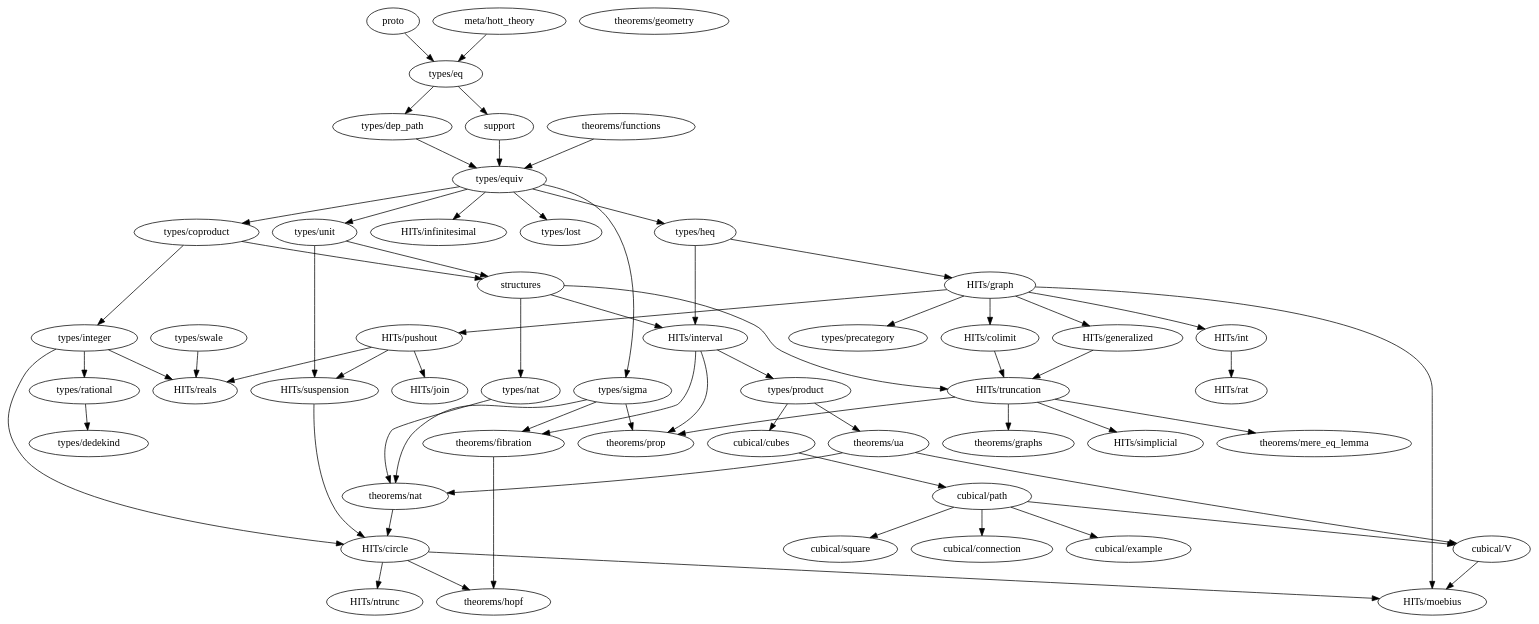
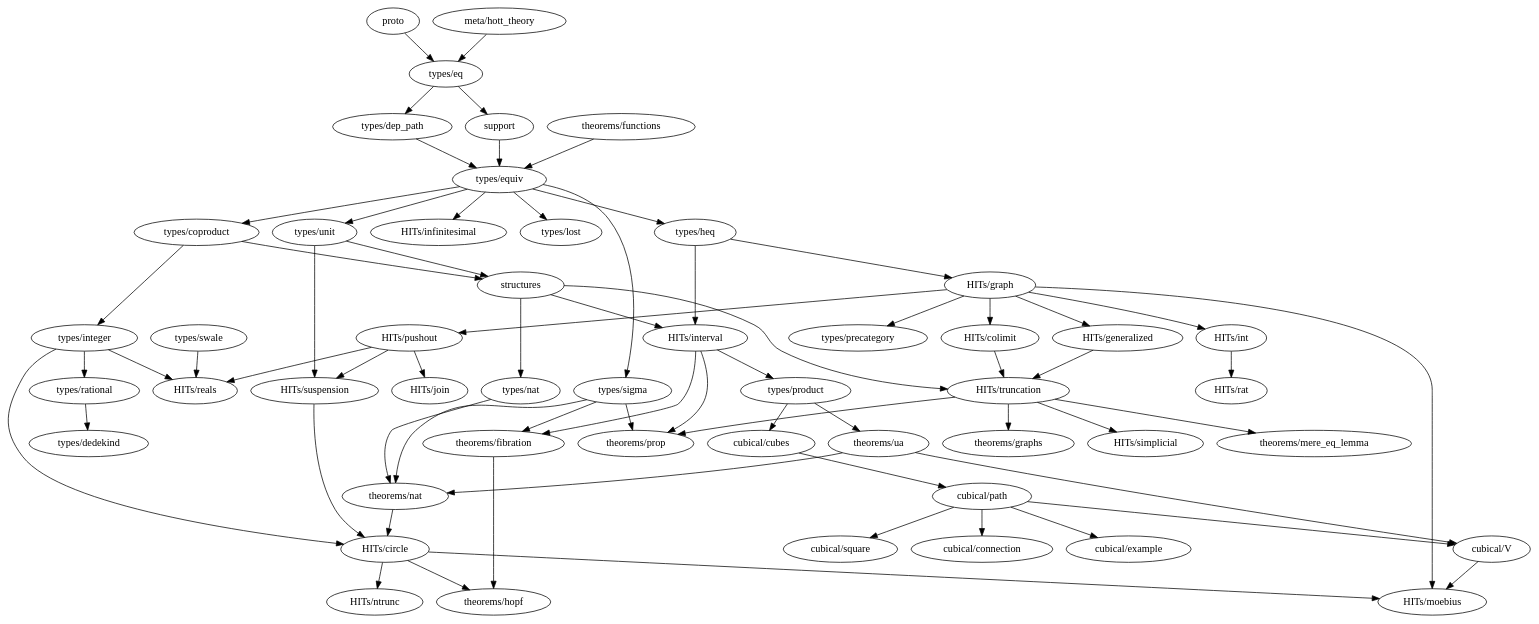
Before and after one commit to forked-from-1kasper/ground_zero: the diagram in dependency_map.gv, drawn with Graphviz. The commit also changed 2 other files, not shown here.

```diff
--- a/dependency_map.gv
+++ b/dependency_map.gv
@@ -1,106 +1,105 @@
 digraph dependency_map {
   proto -> "types/eq"
   "meta/hott_theory" -> "types/eq"
   support -> "types/equiv"
   structures -> {
     "HITs/interval",
     "HITs/truncation",
     "types/nat"
   }
 
   subgraph types {
     "types/coproduct" -> { "types/integer", structures }
     "types/dedekind"
     "types/dep_path" -> "types/equiv"
     "types/eq" -> { "types/dep_path", support }
     "types/equiv" -> {
       "types/heq",
       "HITs/infinitesimal",
       "types/coproduct",
       "types/lost",
       "types/unit",
       "types/sigma"
     }
     "types/heq" -> {
       "HITs/interval",
       "HITs/graph"
     }
     "types/integer" -> {
       "HITs/circle",
       "HITs/reals",
       "types/rational"
     }
     "types/lost"
     "types/nat" -> { "theorems/nat" }
     "types/product" -> { "cubical/cubes", "theorems/ua" }
     "types/rational" -> { "types/dedekind" }
     "types/sigma" -> { "theorems/fibration", "theorems/prop", "theorems/nat" }
     "types/swale" -> { "HITs/reals" }
     "types/unit" -> { structures, "HITs/suspension" }
   }
 
   subgraph HITs {
     "HITs/circle" -> { "HITs/ntrunc", "theorems/hopf", "HITs/moebius" }
     "HITs/colimit" -> "HITs/truncation"
     "HITs/generalized" -> "HITs/truncation"
     "HITs/graph" -> {
       "HITs/colimit",
       "HITs/generalized",
       "HITs/int",
       "HITs/pushout",
       "HITs/moebius",
       "types/precategory"
     }
     "HITs/infinitesimal"
     "HITs/int" -> "HITs/rat"
     "HITs/interval" -> {
       "types/product",
       "theorems/prop",
       "theorems/fibration"
     }
     "HITs/join"
     "HITs/moebius"
     "HITs/ntrunc"
     "HITs/pushout" -> {
       "HITs/join",
       "HITs/reals",
       "HITs/suspension"
     }
     "HITs/rat"
     "HITs/reals"
     "HITs/simplicial"
     "HITs/suspension" -> "HITs/circle"
     "HITs/truncation" -> {
       "theorems/mere_eq_lemma",
       "theorems/prop",
       "theorems/graphs",
       "HITs/simplicial"
     }
   }
 
   subgraph cubical {
     "cubical/connection"
     "cubical/cubes" -> "cubical/path"
     "cubical/example"
     "cubical/path" -> {
       "cubical/square",
       "cubical/example",
       "cubical/V",
       "cubical/connection"
     }
     "cubical/square"
     "cubical/V" -> "HITs/moebius"
   }
 
   subgraph theorems {
     "theorems/fibration" -> { "theorems/hopf" }
     "theorems/functions" -> { "types/equiv" }
-    "theorems/geometry"
     "theorems/graphs"
     "theorems/hopf"
     "theorems/mere_eq_lemma"
     "theorems/nat" -> { "HITs/circle" }
     "theorems/prop"
     "theorems/ua" -> { "theorems/nat", "cubical/V" }
   }
 }
```
